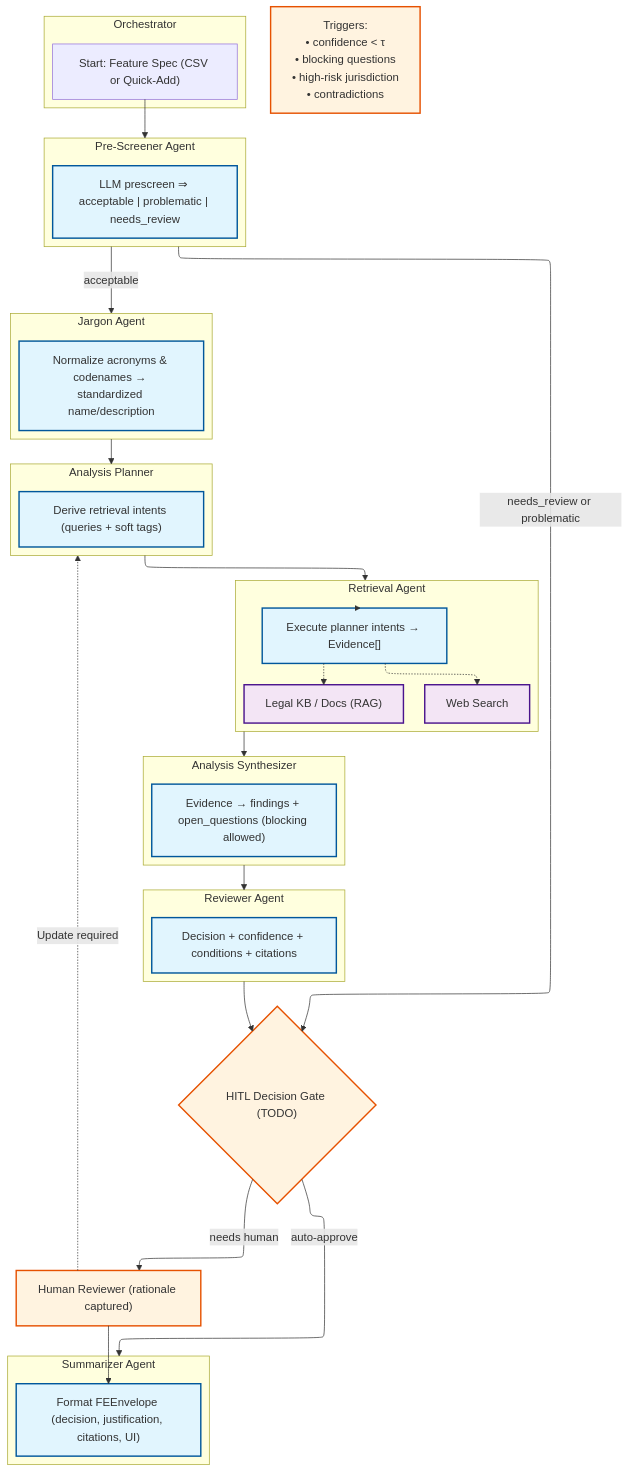
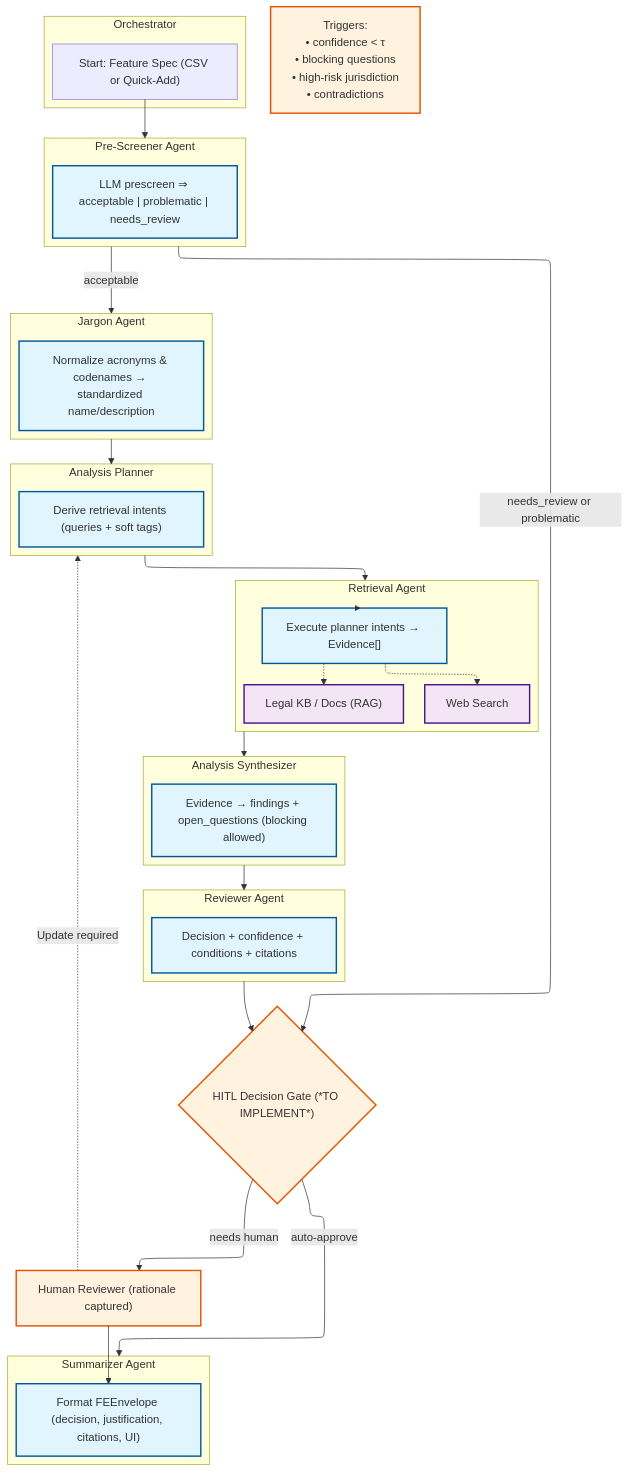
The diagram in README.md (jdengoh/Geobit), drawn with Mermaid before and after one commit. The commit also changed other lines of this file and 2 other files, not shown here.

````diff
--- a/README.md
+++ b/README.md
@@ -50,74 +59,74 @@
 ```mermaid
 ---
 config:
   layout: elk
 ---
 flowchart TD
   %% === ORCHESTRATION & ENTRY ===
   subgraph ORCH["Orchestrator"]
     O["Start: Feature Spec (CSV or Quick-Add)"]
   end
 
   subgraph PS["Pre-Screener Agent"]
     P["LLM prescreen ⇒ acceptable | problematic | needs_review"]
   end
 
   subgraph JN["Jargon Agent"]
     J["Normalize acronyms & codenames → standardized name/description"]
   end
 
   %% === ANALYSIS CORE ===
   subgraph AP["Analysis Planner"]
     PL["Derive retrieval intents (queries + soft tags)"]
   end
 
   subgraph RA["Retrieval Agent"]
     RET["Execute planner intents → Evidence[]"]
     K["Web Search"]
     M["Legal KB / Docs (RAG)"]
   end
 
   subgraph SYN["Analysis Synthesizer"]
     S1["Evidence → findings + open_questions (blocking allowed)"]
   end
 
   subgraph REV["Reviewer Agent"]
     Rv["Decision + confidence + conditions + citations"]
   end
 
   subgraph SUM["Summarizer Agent"]
     Su["Format FEEnvelope (decision, justification, citations, UI)"]
   end
 
   %% === HITL GATE & LOOP ===
-  E{"HITL Decision Gate (TODO)"}
+  E{"HITL Decision Gate (*TO IMPLEMENT*)"}
   N["Triggers:<br>• confidence < τ<br>• blocking questions<br>• high-risk jurisdiction<br>• contradictions"]
   H["Human Reviewer (rationale captured)"]
 
   %% --- Flows ---
   O --> PS
   PS -->|acceptable| JN
   PS -->|needs_review or problematic| E
 
   JN --> AP
   AP --> RA
   RA --> RET
   RET -.-> K & M
   RA --> SYN
   SYN --> REV
   REV --> E
 
   E -->|auto-approve| SUM
   E -->|needs human| H
   H --> Su
   H -. Update required .-> AP
 
   %% --- Styling & notes ---
   classDef agentStyle fill:#e1f5fe,stroke:#01579b,stroke-width:2px
   classDef serviceStyle fill:#f3e5f5,stroke:#4a148c,stroke-width:2px
   classDef hitlStyle fill:#fff3e0,stroke:#e65100,stroke-width:2px
 
   class P,J,PL,RET,S1,Rv,Su agentStyle
   class K,M serviceStyle
   class E,N,H hitlStyle
 ```
````
